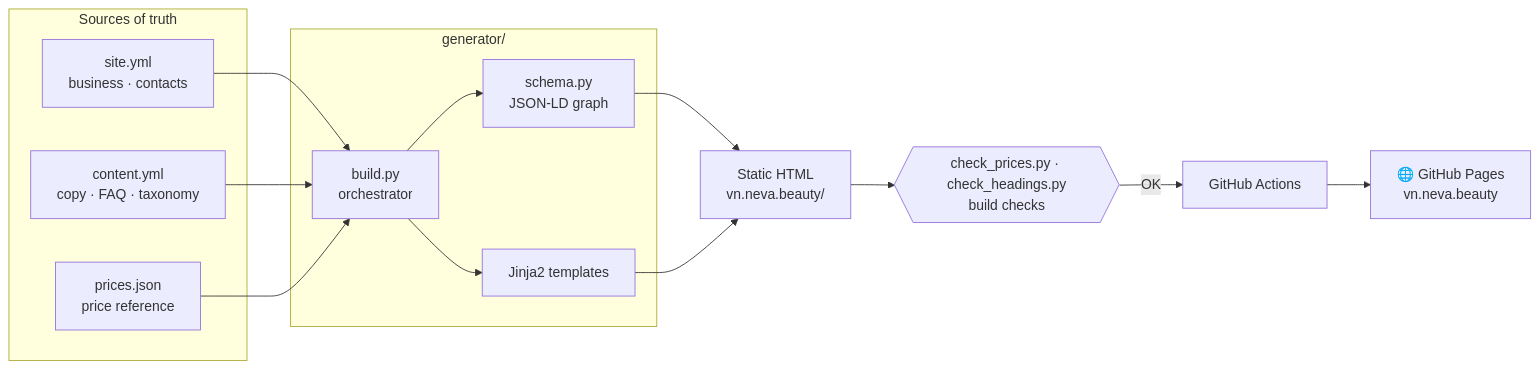
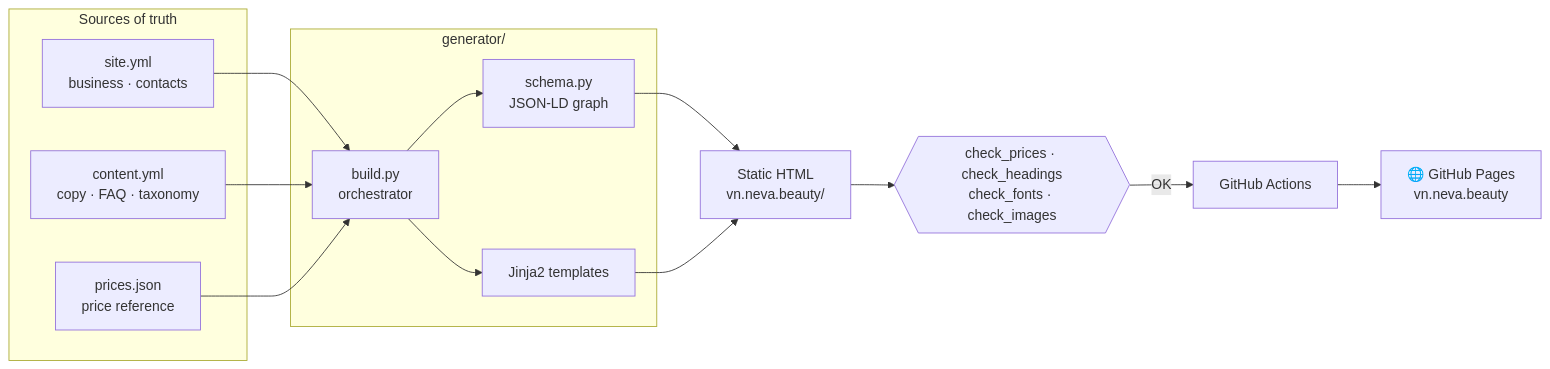
The diagram in README.en.md (jw-git-hub/vn.neva.beauty), drawn with Mermaid before and after one commit. The commit also changed other lines of this file and 1 other file, not shown here.

````diff
--- a/README.en.md
+++ b/README.en.md
@@ -82,23 +193,23 @@
 ```mermaid
 flowchart LR
     subgraph SRC["Sources of truth"]
         A["site.yml<br/>business · contacts"]
         B["content.yml<br/>copy · FAQ · taxonomy"]
         C["prices.json<br/>price reference"]
     end
     subgraph GEN["generator/"]
         D["build.py<br/>orchestrator"]
         E["schema.py<br/>JSON-LD graph"]
         F["Jinja2 templates"]
     end
     A --> D
     B --> D
     C --> D
     D --> E
     D --> F
     E --> G["Static HTML<br/>vn.neva.beauty/"]
     F --> G
-    G --> H{{"check_prices.py · check_headings.py<br/>build checks"}}
+    G --> H{{"check_prices · check_headings<br/>check_fonts · check_images"}}
     H -->|OK| I["GitHub Actions"]
     I --> J["🌐 GitHub Pages<br/>vn.neva.beauty"]
 ```
````
